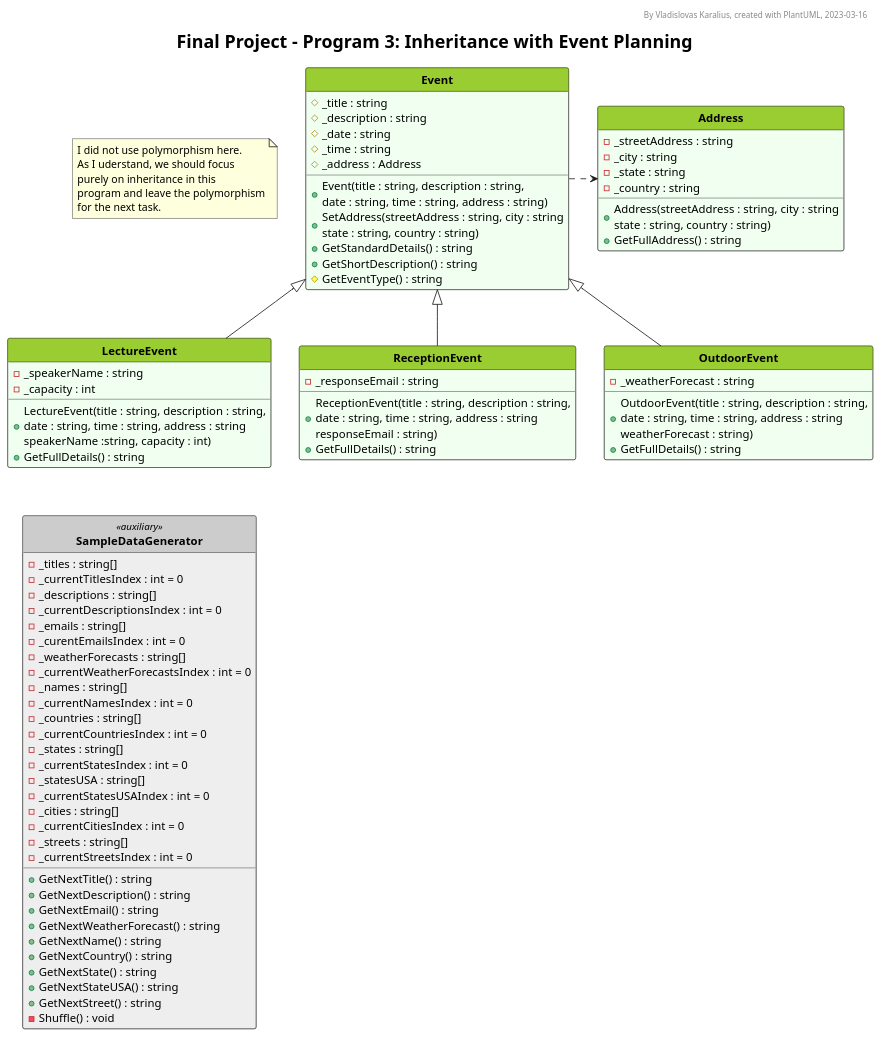
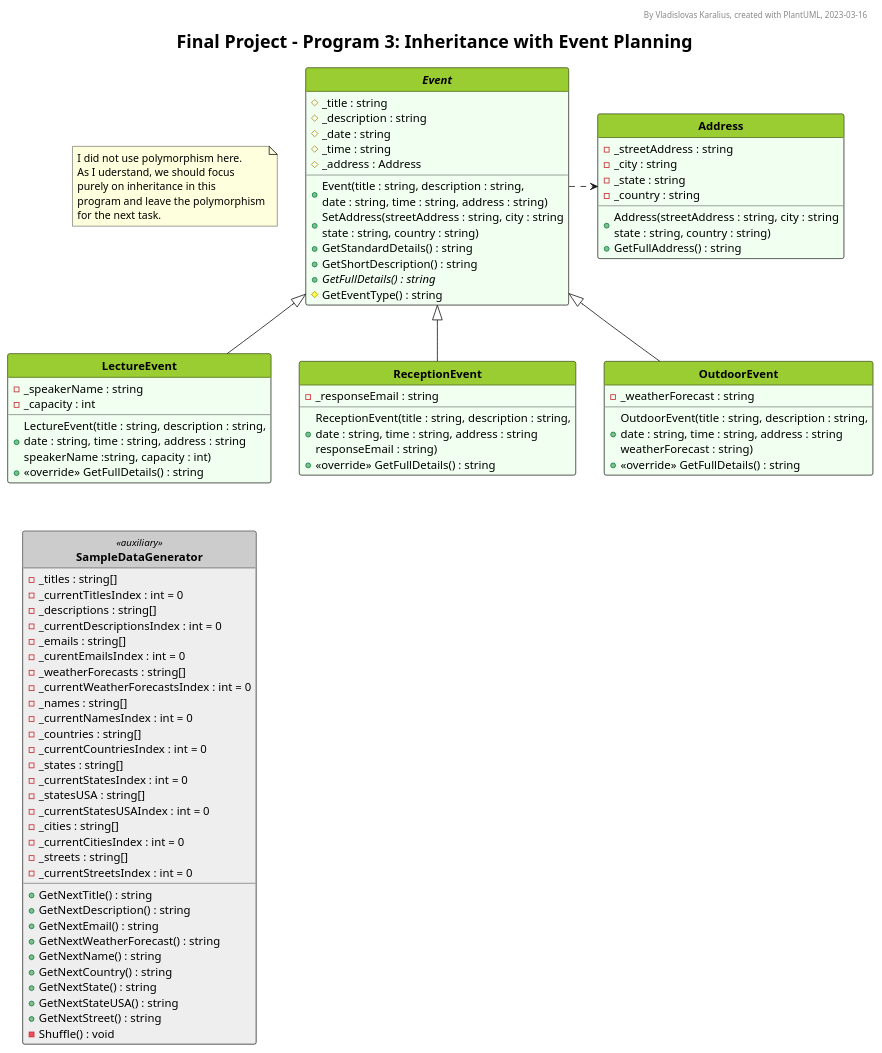
The diagram in final/Foundation3/UML_diagram.pu (VladKaralius/cse210-projects), drawn with PlantUML before and after one commit. The commit also changed 6 other files, not shown here.

```diff
--- a/final/Foundation3/UML_diagram.pu
+++ b/final/Foundation3/UML_diagram.pu
@@ -1,159 +1,160 @@
 @startuml UML_diagram
 
 '--Formatting options--
 hide circle
 hide empty members
 'skinparam classAttributeIconSize 0
 skinparam style strictuml
 'skinparam groupInheritance 2
 'skinparam linetype ortho
 'skinparam Nodesep 15
 'skinparam Ranksep 25
 'left to right direction
 
 '--Styling--
 'skinparam BackgroundColor White/LightGreen
 skinparam TitleFontSize 22
 
 <style>
 classDiagram {
   class {
     '-attributes and methods-
     'FontSize 14
     'FontColor black
     'BackgroundColor #fefece
     BackgroundColor #f0fff0
     'RoundCorner 0
     '-class name-
     header {
       'FontSize 12
       'FontColor Black
       FontStyle bold
       BackgroundColor YellowGreen
     }
 
     ' Alternative class style 1
     .gaming {
       BackgroundColor Bisque
       header {
         BackgroundColor Orange
       }
     }
 
     ' Alternative class style 2
     .auxiliary {
       BackgroundColor #eeeeee
       header {
         BackgroundColor #cccccc
       }
     }
   }
   
   ' note {
   '   BackgroundColor Yellow
   ' }
   legend {
     FontSize 18
   }
 </style>
 
 '--Header, title, caption--
 header By Vladislovas Karalius, created with PlantUML, 2023-03-16
 title Final Project - Program 3: Inheritance with Event Planning
 
 '--Main--
-class Event {
+abstract class Event {
   # _title : string
   # _description : string
   # _date : string
   # _time : string
   # _address : Address
   + Event(title : string, description : string,\ndate : string, time : string, address : string)
   + SetAddress(streetAddress : string, city : string\nstate : string, country : string)
   + GetStandardDetails() : string
   + GetShortDescription() : string
+  + {abstract} GetFullDetails() : string
   # GetEventType() : string
 }
 
 class Address {
   - _streetAddress : string
   - _city : string
   - _state : string
   - _country : string
   + Address(streetAddress : string, city : string\nstate : string, country : string)
   + GetFullAddress() : string
 }
 
 class LectureEvent extends Event {
 - _speakerName : string
 - _capacity : int
 + LectureEvent(title : string, description : string,\ndate : string, time : string, address : string\nspeakerName :string, capacity : int)
-+ GetFullDetails() : string
++ <<override>> GetFullDetails() : string
 }
 
 class ReceptionEvent extends Event {
 - _responseEmail : string
 + ReceptionEvent(title : string, description : string,\ndate : string, time : string, address : string\nresponseEmail : string)
-+ GetFullDetails() : string
++ <<override>> GetFullDetails() : string
 }
 
 class OutdoorEvent extends Event {
 - _weatherForecast : string
 + OutdoorEvent(title : string, description : string,\ndate : string, time : string, address : string\nweatherForecast : string)
-+ GetFullDetails() : string
++ <<override>> GetFullDetails() : string
 }
 
 class SampleDataGenerator <<auxiliary>> {
   - _titles : string[]
   - _currentTitlesIndex : int = 0
   - _descriptions : string[]
   - _currentDescriptionsIndex : int = 0
   - _emails : string[]
   - _curentEmailsIndex : int = 0
   - _weatherForecasts : string[]
   - _currentWeatherForecastsIndex : int = 0
   - _names : string[]
   - _currentNamesIndex : int = 0
   - _countries : string[]
   - _currentCountriesIndex : int = 0
   - _states : string[]
   - _currentStatesIndex : int = 0
   - _statesUSA : string[]
   - _currentStatesUSAIndex : int = 0
   - _cities : string[]
   - _currentCitiesIndex : int = 0
   - _streets : string[]
   - _currentStreetsIndex : int = 0
   + GetNextTitle() : string
   + GetNextDescription() : string
   + GetNextEmail() : string
   + GetNextWeatherForecast() : string
   + GetNextName() : string
   + GetNextCountry() : string
   + GetNextState() : string
   + GetNextStateUSA() : string
   + GetNextStreet() : string
   - Shuffle() : void
 }
 
 note as Note1
 I did not use polymorphism here.
 As I uderstand, we should focus
 purely on inheritance in this
 program and leave the polymorphism
 for the next task.
 endnote
 
 Event .> Address
 Event .l[hidden] Note1
 LectureEvent .[hidden]. SampleDataGenerator
 
 
 '--Description--
 ' legend bottom
 ' <size:22>__**Core Requirements**__
 ' The program has one base class **Activity**. This class contains the attributes and methods
 ' that are common to all activities. Certain functions are put into separate classes as follows:
 ' endlegend
 
 @enduml
```
